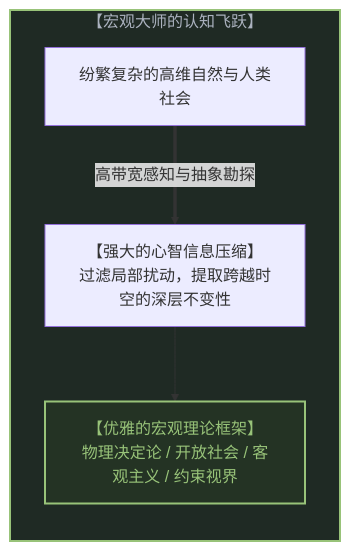
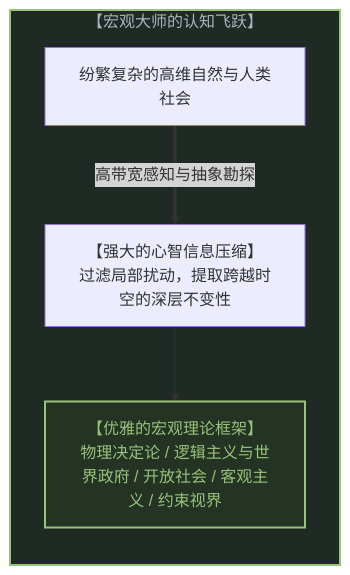
Before and after one commit to powerpig99/not-a-toe: the first of 10 diagrams in content/posts/the-invisible-gods-eye.md, drawn with Mermaid. The commit also changed other lines of this file and 3 other files, not shown here.

````diff
--- a/content/posts/the-invisible-gods-eye.md
+++ b/content/posts/the-invisible-gods-eye.md
@@ -19,15 +20,15 @@
 ```mermaid
 graph TD
     subgraph MasterGift["【宏观大师的认知飞跃】"]
         direction TB
         RawReality["纷繁复杂的高维自然与人类社会"]
         Abstraction["【强大的心智信息压缩】<br>过滤局部扰动，提取跨越时空的深层不变性"]
-        MacroModel["【优雅的宏观理论框架】<br>物理决定论 / 开放社会 / 客观主义 / 约束视界"]
+        MacroModel["【优雅的宏观理论框架】<br>物理决定论 / 逻辑主义与世界政府 / 开放社会 / 客观主义 / 约束视界"]
 
         RawReality ==>|"高带宽感知与抽象勘探"| Abstraction
         Abstraction --> MacroModel
     end
 
     style MasterGift fill:#1f2a24,stroke:#98c379,stroke-width:2px,color:#abb2bf
     style MacroModel fill:#243324,stroke:#98c379,stroke-width:2px,color:#98c379
 ```
````
